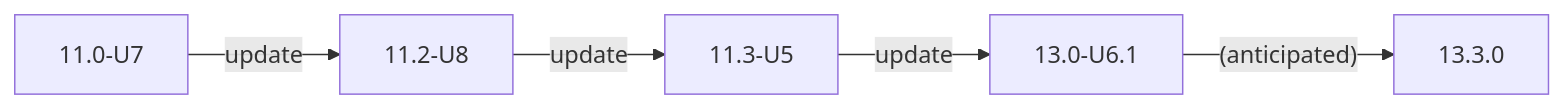
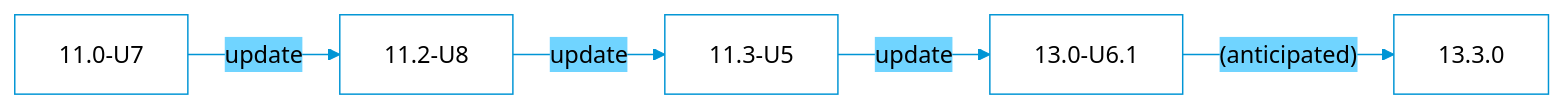
Before and after one commit to truenas/documentation: the first of 2 diagrams in static/includes/COREUpgradePaths.md, drawn with Mermaid. The commit also changed other lines of this file and 1 other file, not shown here.

Commit message:
Theme Upgrade Paths mermaid diagrams

```diff
--- a/static/includes/COREUpgradePaths.md
+++ b/static/includes/COREUpgradePaths.md
@@ -3,8 +3,23 @@
 {{< mermaid class="mermaid_sizing" >}}
+%%{
+  init: {
+    'theme': 'base',
+    'themeVariables': {
+      'primaryColor': '#FFFFFF',
+      'primaryTextColor': '#000000',
+      'primaryBorderColor': '#0095d5',
+      'secondaryColor': '#70d4ff',
+      'lineColor': '#0095d5',
+      'secondaryTextColor': '#FFFFFF',
+      'tertiaryColor': '#0095d5'
+    }
+  }
+}%%
+
 flowchart LR
 
 A["11.0-U7"] -->|update| B["11.2-U8"]
 B -->|update| C["11.3-U5"]
 C -->|update| D["13.0-U6.1"]
 D -->|"(anticipated)"| E["13.3.0"]
 {{< /mermaid >}}
```
